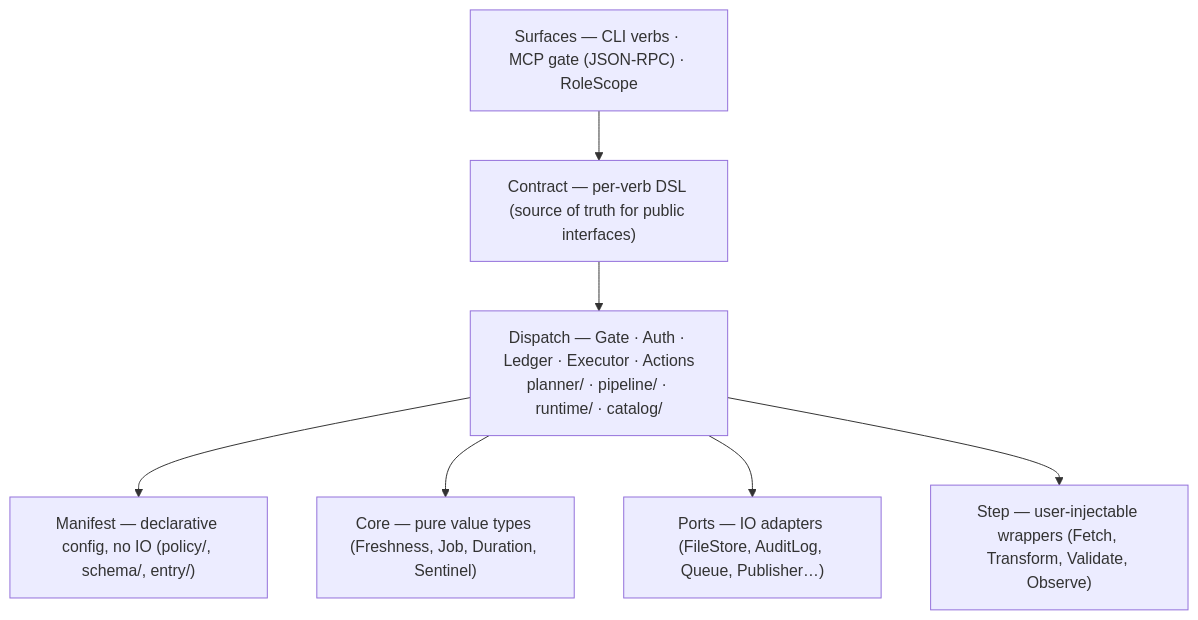
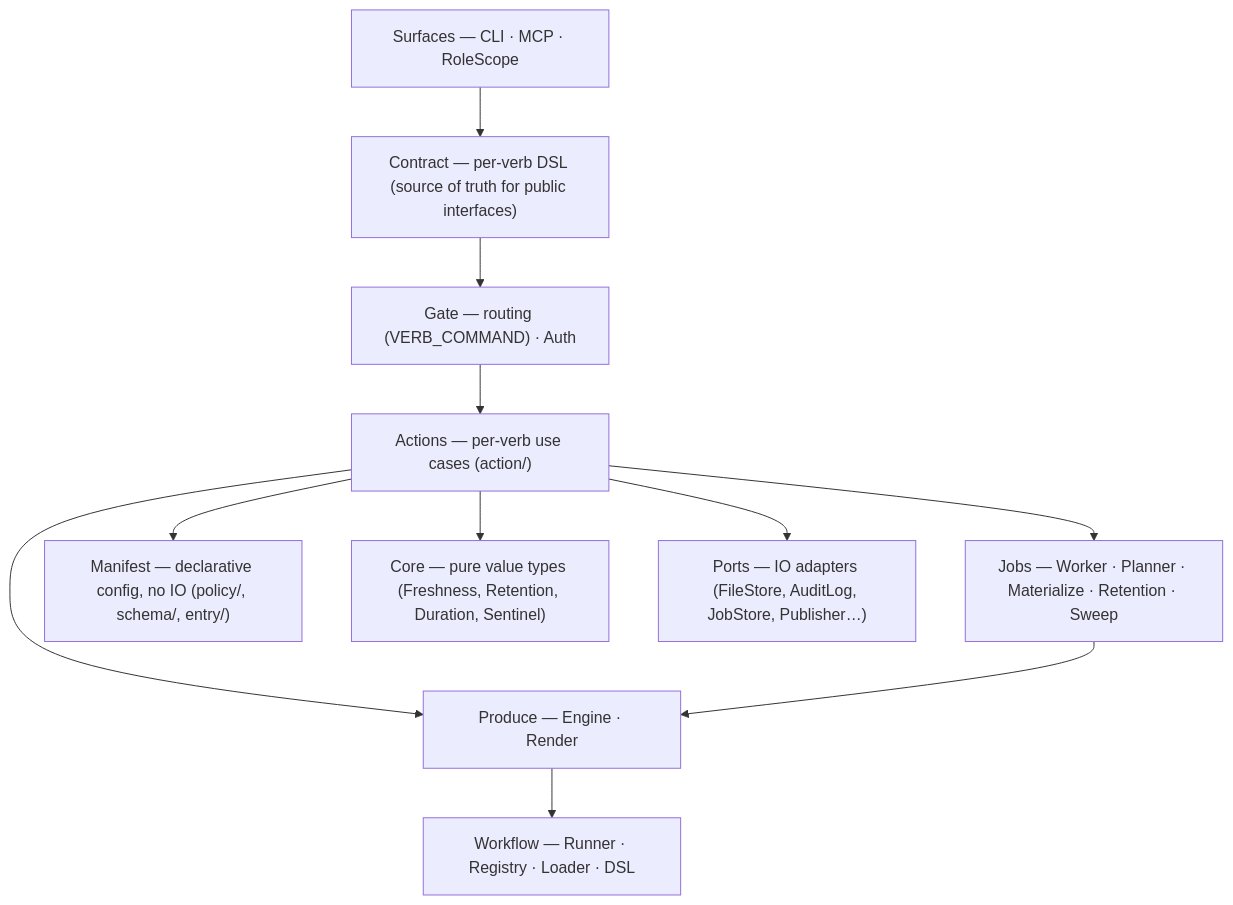
One commit to patrick204nqh/textus changed the diagram in .textus/data/knowledge/architecture-index.md. Above: the diagram before and after it, drawn with Mermaid. The commit also changed other lines of this file and 1 other file, not shown here.

Commit message:
docs: rewrite architecture README for workflow redesign — remove Step system, add Workflow layer

````diff
--- a/.textus/data/knowledge/architecture-index.md
+++ b/.textus/data/knowledge/architecture-index.md
@@ -6,16 +6,23 @@
 ```mermaid
 flowchart TD
-    surfaces["Surfaces — CLI verbs · MCP gate (JSON-RPC) · RoleScope"]
+    surfaces["Surfaces — CLI · MCP · RoleScope"]
     contract["Contract — per-verb DSL (source of truth for public interfaces)"]
-    dispatch["Dispatch — Gate · Auth · Ledger · Executor · Actions<br/>planner/ · pipeline/ · runtime/ · catalog/"]
+    gate["Gate — routing (VERB_COMMAND) · Auth"]
+    action["Actions — per-verb use cases (action/)"]
+    jobs["Jobs — Worker · Planner · Materialize · Retention · Sweep"]
+    produce["Produce — Engine · Render"]
+    workflow["Workflow — Runner · Registry · Loader · DSL"]
     manifest["Manifest — declarative config, no IO (policy/, schema/, entry/)"]
-    core["Core — pure value types (Freshness, Job, Duration, Sentinel)"]
-    ports["Ports — IO adapters (FileStore, AuditLog, Queue, Publisher…)"]
-    step["Step — user-injectable wrappers (Fetch, Transform, Validate, Observe)"]
+    core["Core — pure value types (Freshness, Retention, Duration, Sentinel)"]
+    ports["Ports — IO adapters (FileStore, AuditLog, JobStore, Publisher…)"]
     surfaces --> contract
-    contract --> dispatch
-    dispatch --> manifest
-    dispatch --> core
-    dispatch --> ports
-    dispatch --> step
+    contract --> gate
+    gate --> action
+    action --> jobs
+    action --> produce
+    produce --> workflow
+    action --> manifest
+    action --> core
+    action --> ports
+    jobs --> produce
 ```
````
